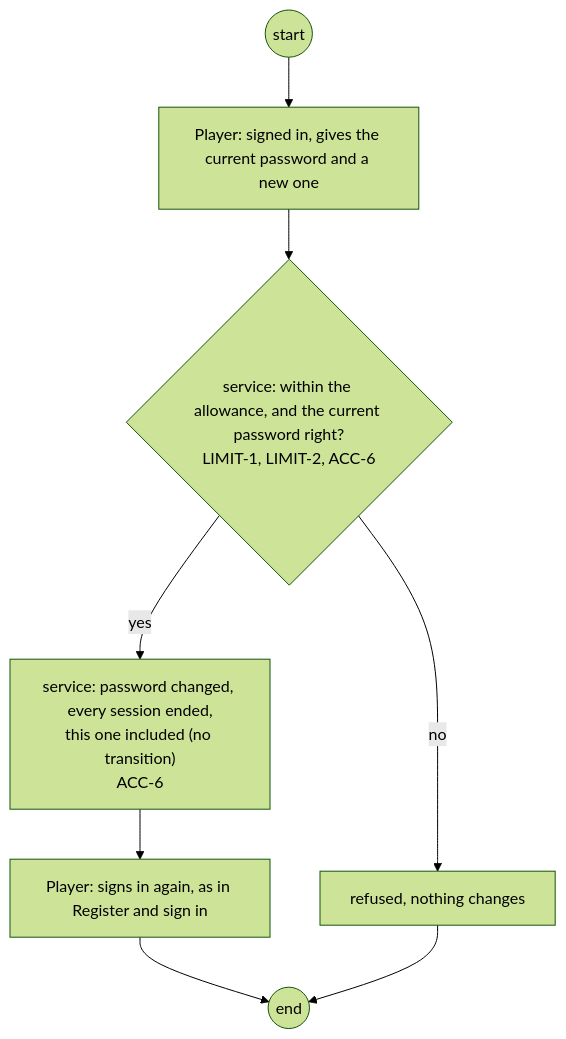
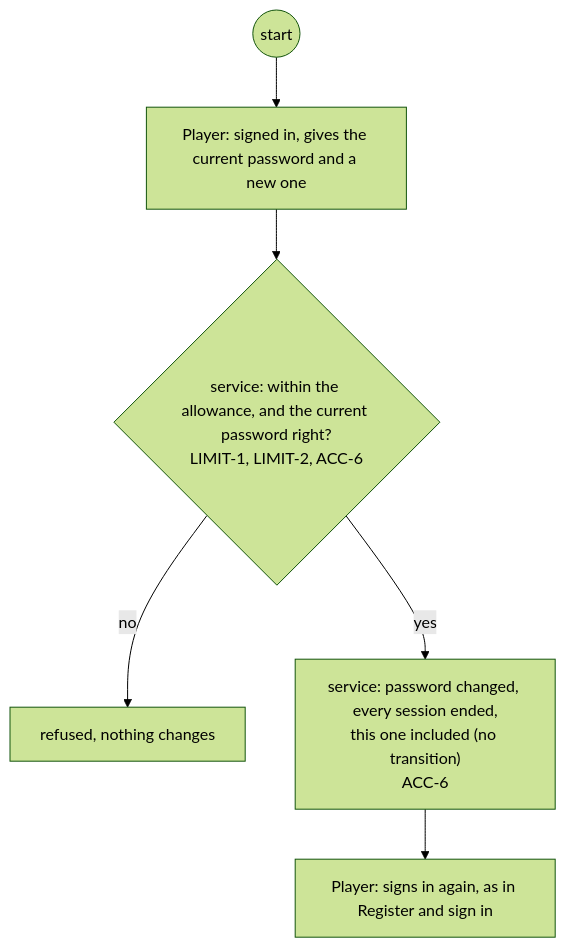
Before and after one commit to delphside/programme: the fifth of 29 diagrams in docs/changes/workstreams/application-game-architecture/71-one-game-model/71-functional.md, drawn with Mermaid (forest theme). The commit also changed other lines of this file, not shown here.

First line of the commit message:
app 0.9.2 api 2.16: 71: activity diagrams drop their explicit end nodes

````diff
--- a/docs/changes/workstreams/application-game-architecture/71-one-game-model/71-functional.md
+++ b/docs/changes/workstreams/application-game-architecture/71-one-game-model/71-functional.md
@@ -139,10 +128,8 @@
 ```mermaid
 flowchart TD
   s0((start)) --> p1["Player: signed in, gives the current password and a new one"]
   p1 --> v1{"service: within the allowance, and the current password right?<br/>LIMIT-1, LIMIT-2, ACC-6"}
   v1 -- no --> r1["refused, nothing changes"]
   v1 -- yes --> t1["service: password changed, every session ended,<br/>this one included (no transition)<br/>ACC-6"]
   t1 --> p2["Player: signs in again, as in Register and sign in"]
-  p2 --> e0((end))
-  r1 --> e0
 ```
````
